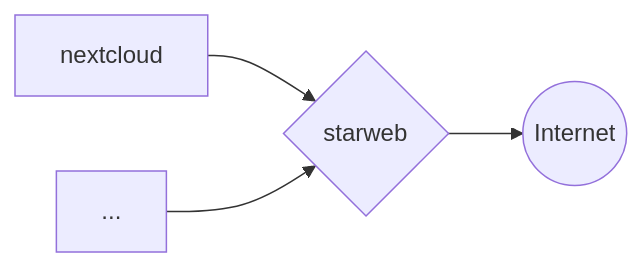
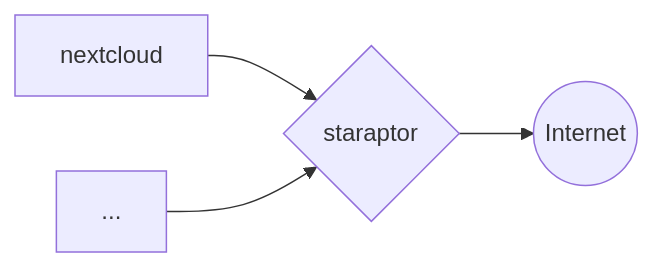
One commit to carnivuth/labcraft changed the second of 5 diagrams in readme.md. Above: the diagram before and after it, drawn with Mermaid.

````diff
--- a/readme.md
+++ b/readme.md
@@ -34,9 +34,9 @@
 ```mermaid
 flowchart LR
 A((Internet))
-B{starweb}
+B{staraptor}
 C[nextcloud]
 D[...]
 C & D --> B
 B --> A
 ```
````
